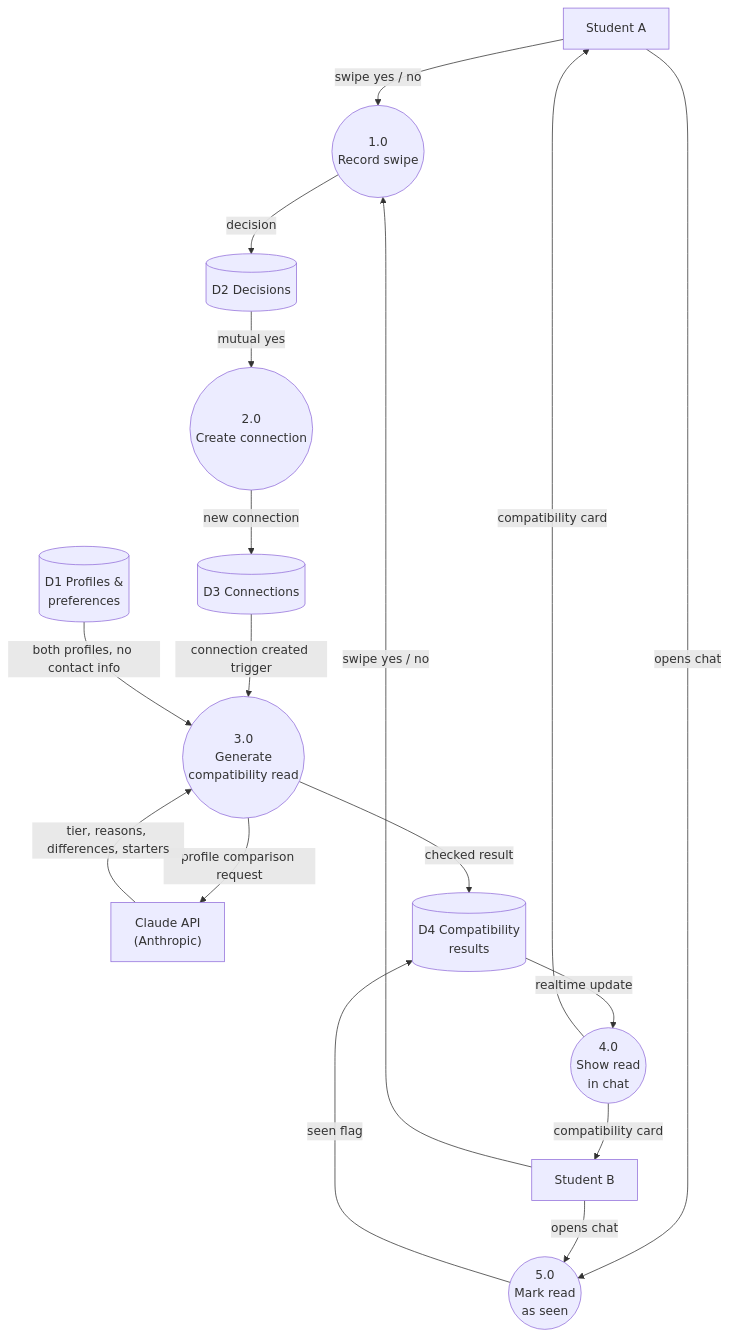
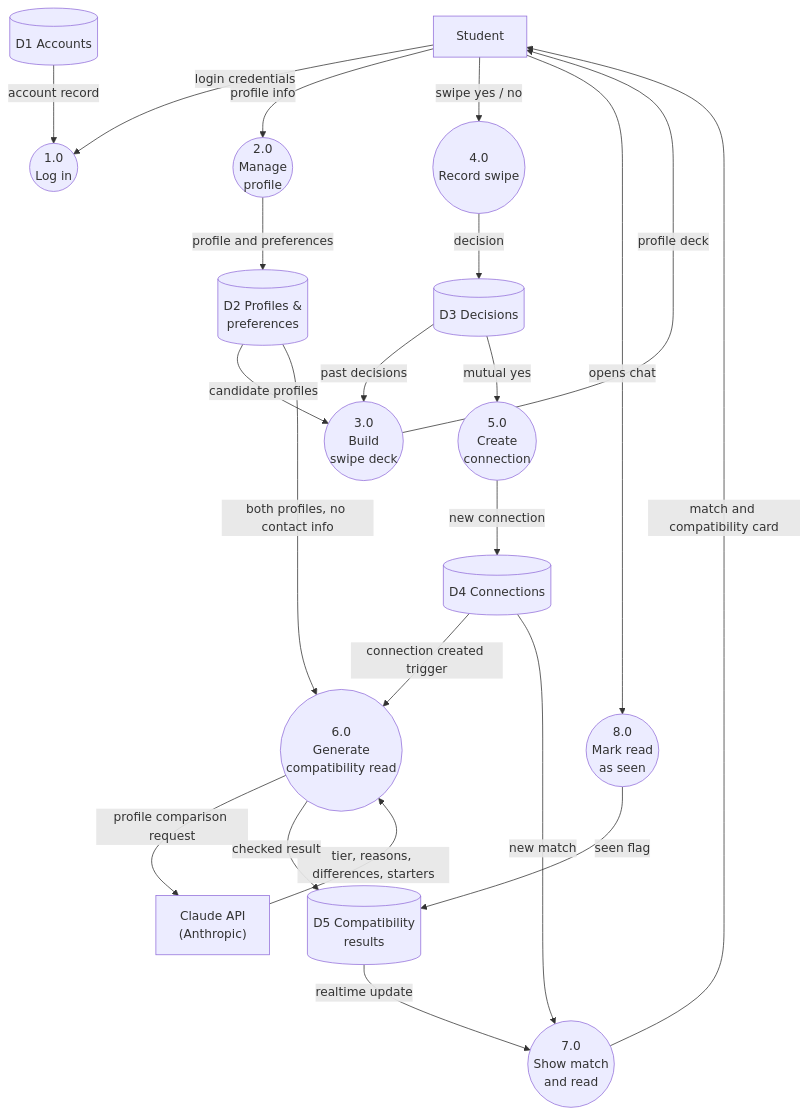
One commit to ehess29/Dwellr changed the second of 2 diagrams in README.md. Above: the diagram before and after it, drawn with Mermaid. The commit also changed other lines of this file, not shown here.

````diff
--- a/README.md
+++ b/README.md
@@ -78,34 +107,42 @@
 ```mermaid
 flowchart TB
-    SA["Student A"]
-    SB["Student B"]
+    ST["Student"]
     AI["Claude API<br/>(Anthropic)"]
 
-    P1(("1.0<br/>Record swipe"))
-    P2(("2.0<br/>Create connection"))
-    P3(("3.0<br/>Generate<br/>compatibility read"))
-    P4(("4.0<br/>Show read<br/>in chat"))
-    P5(("5.0<br/>Mark read<br/>as seen"))
+    P1(("1.0<br/>Log in"))
+    P2(("2.0<br/>Manage<br/>profile"))
+    P3(("3.0<br/>Build<br/>swipe deck"))
+    P4(("4.0<br/>Record swipe"))
+    P5(("5.0<br/>Create<br/>connection"))
+    P6(("6.0<br/>Generate<br/>compatibility read"))
+    P7(("7.0<br/>Show match<br/>and read"))
+    P8(("8.0<br/>Mark read<br/>as seen"))
 
-    D1[("D1 Profiles &amp;<br/>preferences")]
-    D2[("D2 Decisions")]
-    D3[("D3 Connections")]
-    D4[("D4 Compatibility<br/>results")]
+    D1[("D1 Accounts")]
+    D2[("D2 Profiles &amp;<br/>preferences")]
+    D3[("D3 Decisions")]
+    D4[("D4 Connections")]
+    D5[("D5 Compatibility<br/>results")]
 
-    SA -->|swipe yes / no| P1
-    SB -->|swipe yes / no| P1
-    P1 -->|decision| D2
-    D2 -->|mutual yes| P2
-    P2 -->|new connection| D3
-    D3 -->|connection created trigger| P3
-    D1 -->|both profiles, no contact info| P3
-    P3 -->|profile comparison request| AI
-    AI -->|tier, reasons, differences, starters| P3
-    P3 -->|checked result| D4
-    D4 -->|realtime update| P4
-    P4 -->|compatibility card| SA
-    P4 -->|compatibility card| SB
-    SA -->|opens chat| P5
-    SB -->|opens chat| P5
-    P5 -->|seen flag| D4
+    ST -->|login credentials| P1
+    D1 -->|account record| P1
+    ST -->|profile info| P2
+    P2 -->|profile and preferences| D2
+    D2 -->|candidate profiles| P3
+    D3 -->|past decisions| P3
+    P3 -->|profile deck| ST
+    ST -->|swipe yes / no| P4
+    P4 -->|decision| D3
+    D3 -->|mutual yes| P5
+    P5 -->|new connection| D4
+    D4 -->|connection created trigger| P6
+    D2 -->|both profiles, no contact info| P6
+    P6 -->|profile comparison request| AI
+    AI -->|tier, reasons, differences, starters| P6
+    P6 -->|checked result| D5
+    D4 -->|new match| P7
+    D5 -->|realtime update| P7
+    P7 -->|match and compatibility card| ST
+    ST -->|opens chat| P8
+    P8 -->|seen flag| D5
 ```
````
